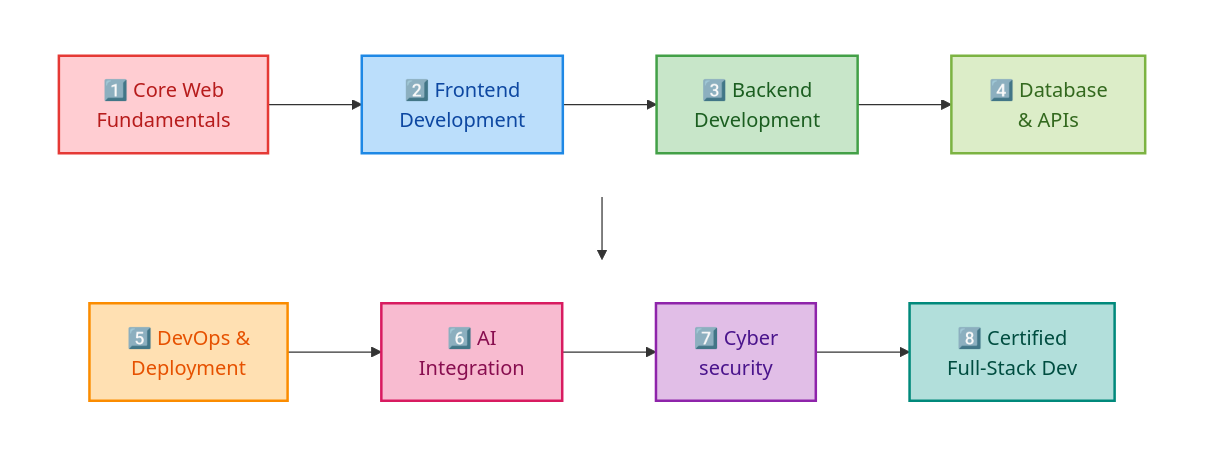
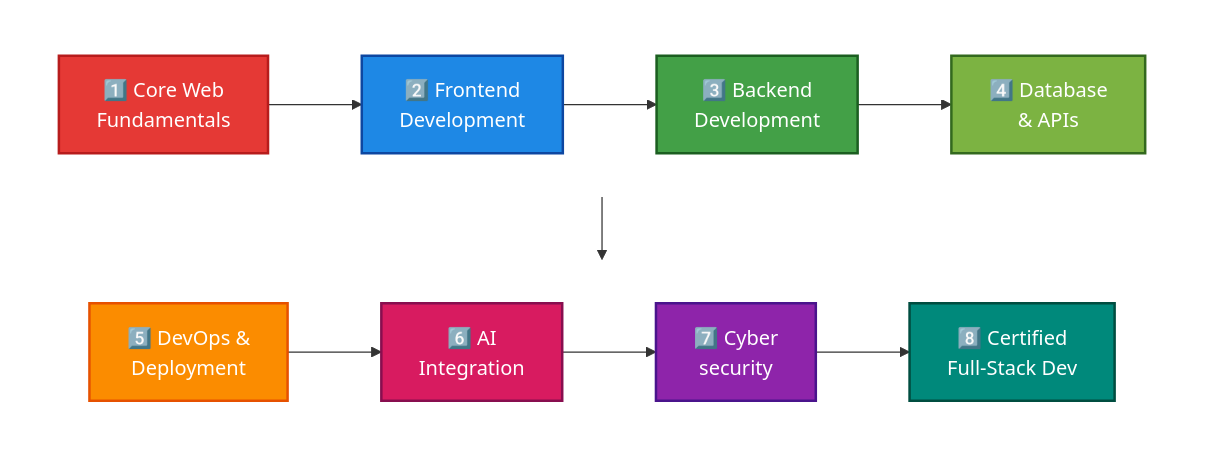
The diagram in README.md (tharimakeya-dev/tharimakeya-dev), drawn with Mermaid before and after one commit.

````diff
--- a/README.md
+++ b/README.md
@@ -179,26 +178,26 @@
 ```mermaid
 flowchart TB
     subgraph R1[" "]
         direction LR
         A["1️⃣ Core Web<br/>Fundamentals"] --> B["2️⃣ Frontend<br/>Development"] --> C["3️⃣ Backend<br/>Development"] --> D["4️⃣ Database<br/>& APIs"]
     end
 
     subgraph R2[" "]
         direction LR
         E["5️⃣ DevOps &<br/>Deployment"] --> F["6️⃣ AI<br/>Integration"] --> G["7️⃣ Cyber<br/>security"] --> H["8️⃣ Certified<br/>Full-Stack Dev"]
     end
 
     R1 --> R2
 
     style R1 fill:none,stroke:none
     style R2 fill:none,stroke:none
 
-    style A fill:#ffcdd2,stroke:#e53935,stroke-width:2px,color:#b71c1c
-    style B fill:#bbdefb,stroke:#1e88e5,stroke-width:2px,color:#0d47a1
-    style C fill:#c8e6c9,stroke:#43a047,stroke-width:2px,color:#1b5e20
-    style D fill:#dcedc8,stroke:#7cb342,stroke-width:2px,color:#33691e
-    style E fill:#ffe0b2,stroke:#fb8c00,stroke-width:2px,color:#e65100
-    style F fill:#f8bbd0,stroke:#d81b60,stroke-width:2px,color:#880e4f
-    style G fill:#e1bee7,stroke:#8e24aa,stroke-width:2px,color:#4a148c
-    style H fill:#b2dfdb,stroke:#00897b,stroke-width:2px,color:#004d40
+    style A fill:#e53935,stroke:#b71c1c,stroke-width:2px,color:#ffffff
+    style B fill:#1e88e5,stroke:#0d47a1,stroke-width:2px,color:#ffffff
+    style C fill:#43a047,stroke:#1b5e20,stroke-width:2px,color:#ffffff
+    style D fill:#7cb342,stroke:#33691e,stroke-width:2px,color:#ffffff
+    style E fill:#fb8c00,stroke:#e65100,stroke-width:2px,color:#ffffff
+    style F fill:#d81b60,stroke:#880e4f,stroke-width:2px,color:#ffffff
+    style G fill:#8e24aa,stroke:#4a148c,stroke-width:2px,color:#ffffff
+    style H fill:#00897b,stroke:#004d40,stroke-width:2px,color:#ffffff
 ```
````
